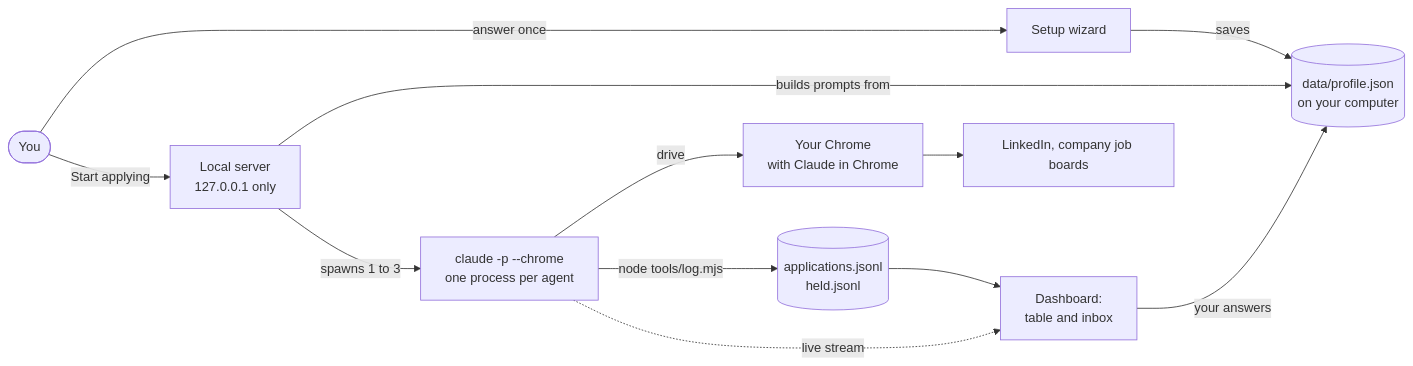
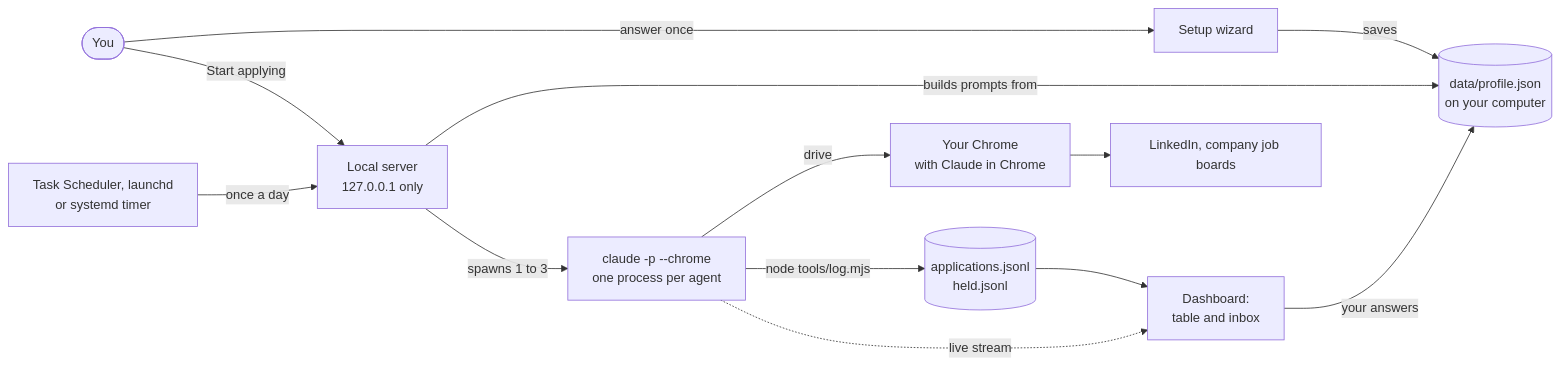
One commit to DatafyingTech/Jobs-Express changed the diagram in README.md. Above: the diagram before and after it, drawn with Mermaid. The commit also changed other lines of this file and 25 other files, not shown here.

````diff
--- a/README.md
+++ b/README.md
@@ -145,14 +210,15 @@
 ```mermaid
 flowchart LR
     You([You]) -->|answer once| Wizard[Setup wizard]
     Wizard -->|saves| Profile[(data/profile.json<br/>on your computer)]
     You -->|Start applying| Server[Local server<br/>127.0.0.1 only]
+    Sched[Task Scheduler, launchd<br/>or systemd timer] -->|once a day| Server
     Server -->|builds prompts from| Profile
     Server -->|spawns 1 to 3| Agents[claude -p --chrome<br/>one process per agent]
     Agents -->|drive| Chrome[Your Chrome<br/>with Claude in Chrome]
     Chrome --> Sites[LinkedIn, company job boards]
     Agents -->|node tools/log.mjs| Log[(applications.jsonl<br/>held.jsonl)]
     Log --> Dash[Dashboard:<br/>table and inbox]
     Agents -.->|live stream| Dash
     Dash -->|your answers| Profile
 ```
````
